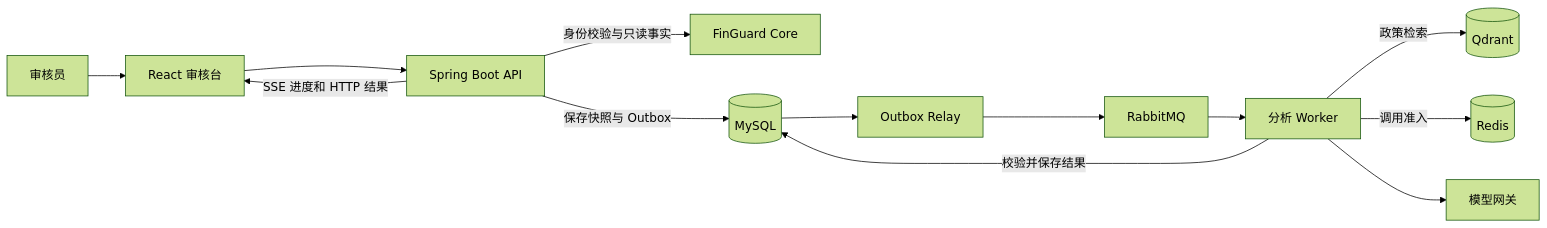
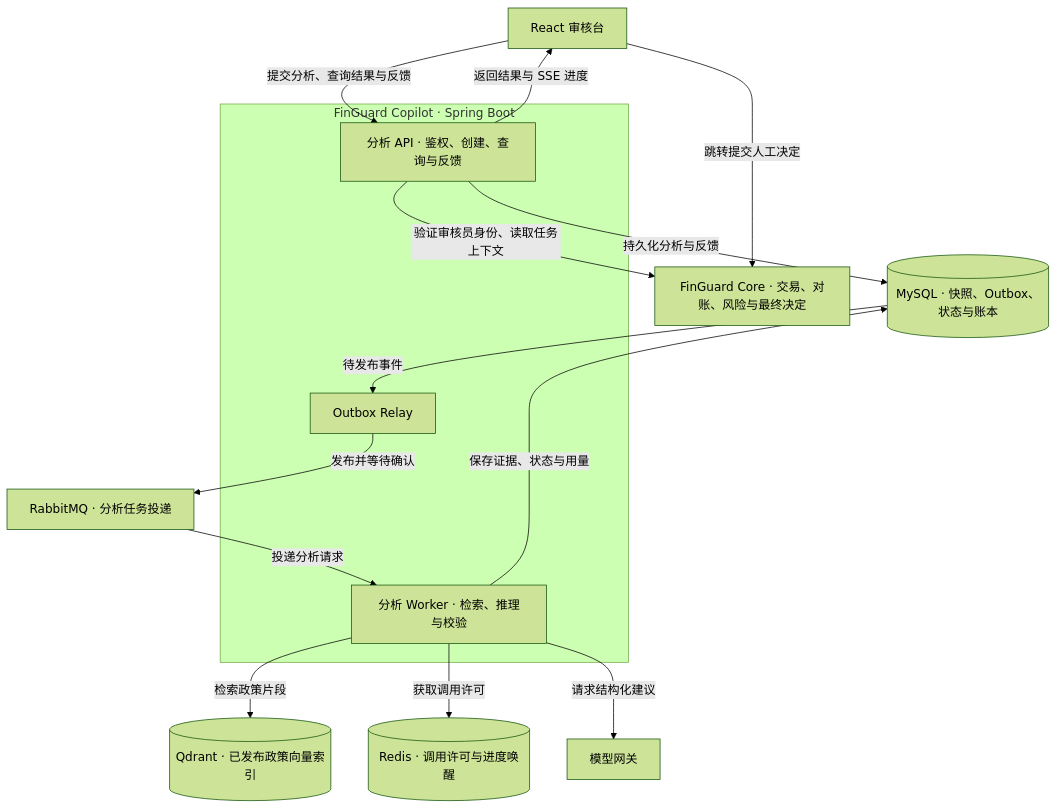
Before and after one commit to jkwang1129/finguard-copilot: the first of 2 diagrams in README.md, drawn with Mermaid (forest theme). The commit also changed other lines of this file and 1 other file, not shown here.

Commit message:
docs: write a complete FinGuard Copilot project guide

````diff
--- a/README.md
+++ b/README.md
@@ -13,15 +35,27 @@
 ```mermaid
-flowchart LR
-    Reviewer[审核员] --> UI[React 审核台]
-    UI --> API[Spring Boot API]
-    API -->|身份校验与只读事实| Core[FinGuard Core]
-    API -->|保存快照与 Outbox| DB[(MySQL)]
-    DB --> Relay[Outbox Relay]
-    Relay --> MQ[RabbitMQ]
-    MQ --> Worker[分析 Worker]
-    Worker -->|政策检索| Vector[(Qdrant)]
-    Worker -->|调用准入| Redis[(Redis)]
-    Worker --> Model[模型网关]
-    Worker -->|校验并保存结果| DB
-    API -->|SSE 进度和 HTTP 结果| UI
+flowchart TB
+    UI["React 审核台"]
+    Core["FinGuard Core · 交易、对账、风险与最终决定"]
+    subgraph Copilot["FinGuard Copilot · Spring Boot"]
+        API["分析 API · 鉴权、创建、查询与反馈"]
+        Relay["Outbox Relay"]
+        Worker["分析 Worker · 检索、推理与校验"]
+    end
+    DB[("MySQL · 快照、Outbox、状态与账本")]
+    MQ["RabbitMQ · 分析任务投递"]
+    Q[("Qdrant · 已发布政策向量索引")]
+    R[("Redis · 调用许可与进度唤醒")]
+    Model["模型网关"]
+    UI -->|"提交分析、查询结果与反馈"| API
+    API -->|"返回结果与 SSE 进度"| UI
+    API -->|"验证审核员身份、读取任务上下文"| Core
+    UI -->|"跳转提交人工决定"| Core
+    API -->|"持久化分析与反馈"| DB
+    DB -->|"待发布事件"| Relay
+    Relay -->|"发布并等待确认"| MQ
+    MQ -->|"投递分析请求"| Worker
+    Worker -->|"检索政策片段"| Q
+    Worker -->|"获取调用许可"| R
+    Worker -->|"请求结构化建议"| Model
+    Worker -->|"保存证据、状态与用量"| DB
 ```
````
